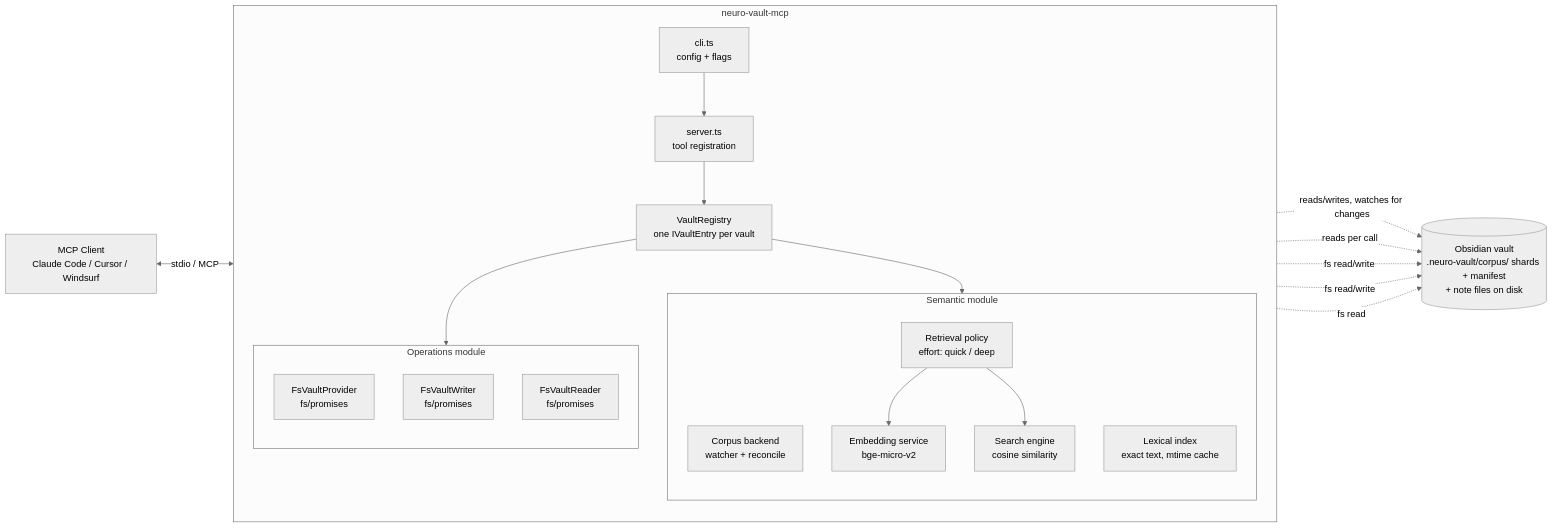
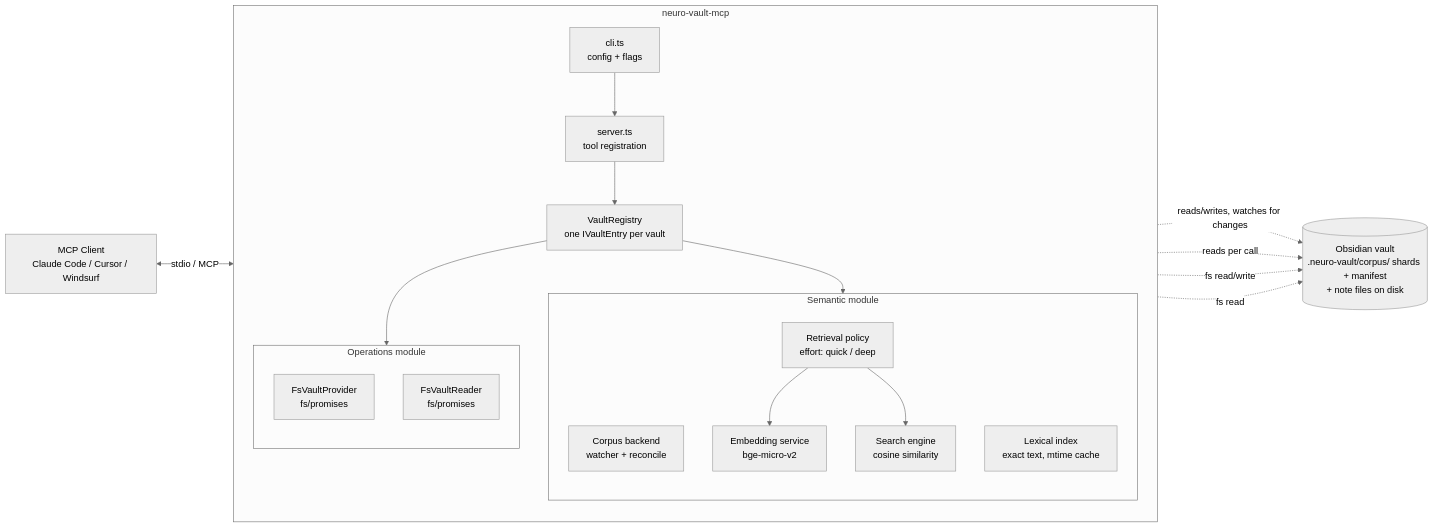
One commit to AlexMost/neuro-vault changed the diagram in docs/architecture/module-structure.md. Above: the diagram before and after it, drawn with Mermaid (neutral theme). The commit also changed other lines of this file and 18 other files, not shown here.

````diff
--- a/docs/architecture/module-structure.md
+++ b/docs/architecture/module-structure.md
@@ -52,37 +52,35 @@
 ```mermaid
 flowchart LR
     Client[MCP Client<br/>Claude Code / Cursor / Windsurf]
     subgraph Server[neuro-vault-mcp]
         direction TB
         CLI[cli.ts<br/>config + flags]
         Core[server.ts<br/>tool registration]
         Registry[VaultRegistry<br/>one IVaultEntry per vault]
         subgraph Semantic[Semantic module]
             direction TB
             Backend[Corpus backend<br/>watcher + reconcile]
             Retrieval[Retrieval policy<br/>effort: quick / deep]
             Embed[Embedding service<br/>bge-micro-v2]
             Search[Search engine<br/>cosine similarity]
             Lexical[Lexical index<br/>exact text, mtime cache]
         end
         subgraph Operations[Operations module]
             direction TB
             Provider[FsVaultProvider<br/>fs/promises]
-            Writer[FsVaultWriter<br/>fs/promises]
             Reader[FsVaultReader<br/>fs/promises]
         end
         CLI --> Core
         Core --> Registry
         Registry --> Semantic
         Registry --> Operations
         Retrieval --> Embed
         Retrieval --> Search
     end
     Vault[(Obsidian vault<br/>.neuro-vault/corpus/ shards + manifest<br/>+ note files on disk)]
     Client <-->|stdio / MCP| Core
     Backend -. reads/writes, watches for changes .-> Vault
     Lexical -. reads per call .-> Vault
     Provider -. fs read/write .-> Vault
-    Writer -. fs read/write .-> Vault
     Reader -. fs read .-> Vault
 ```
````
